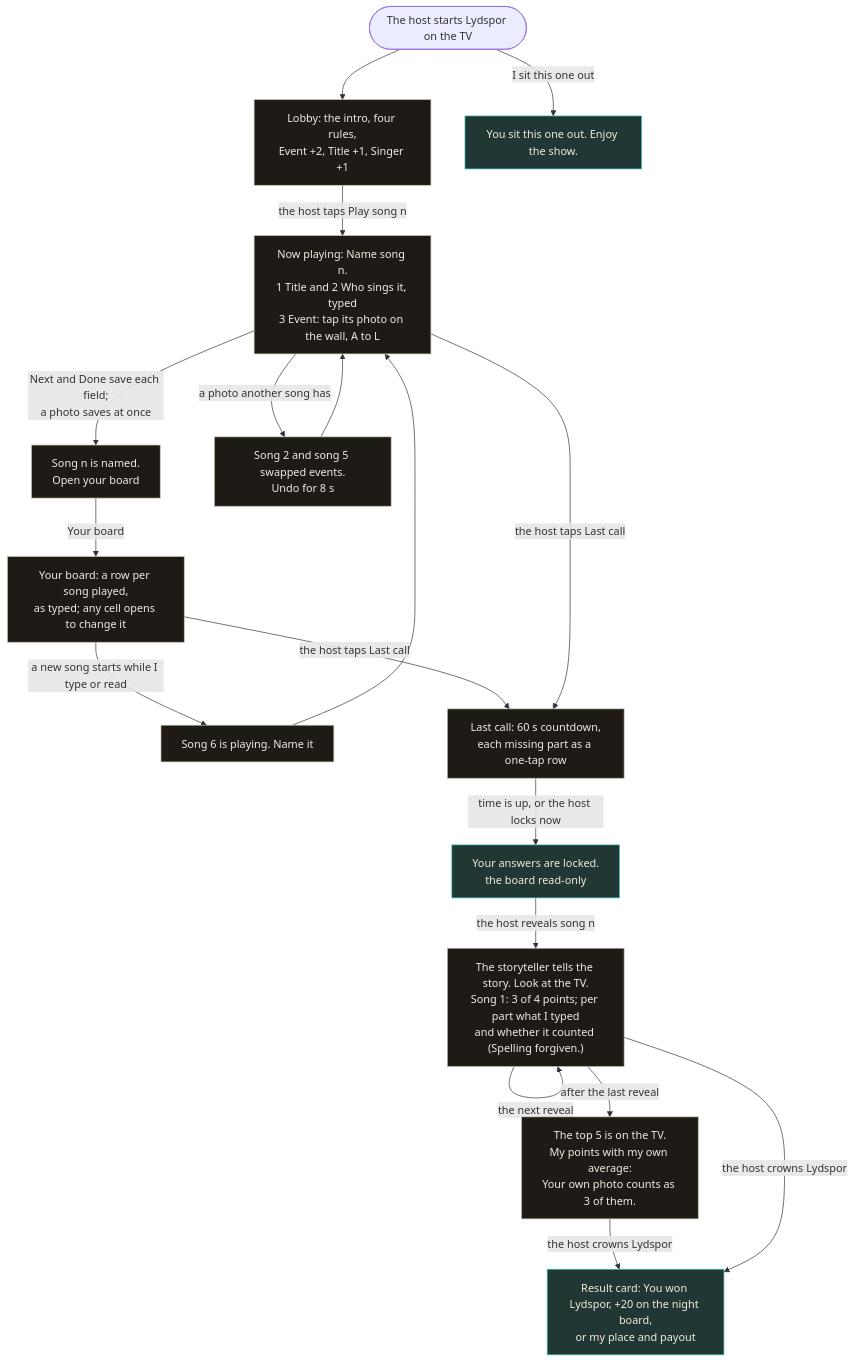
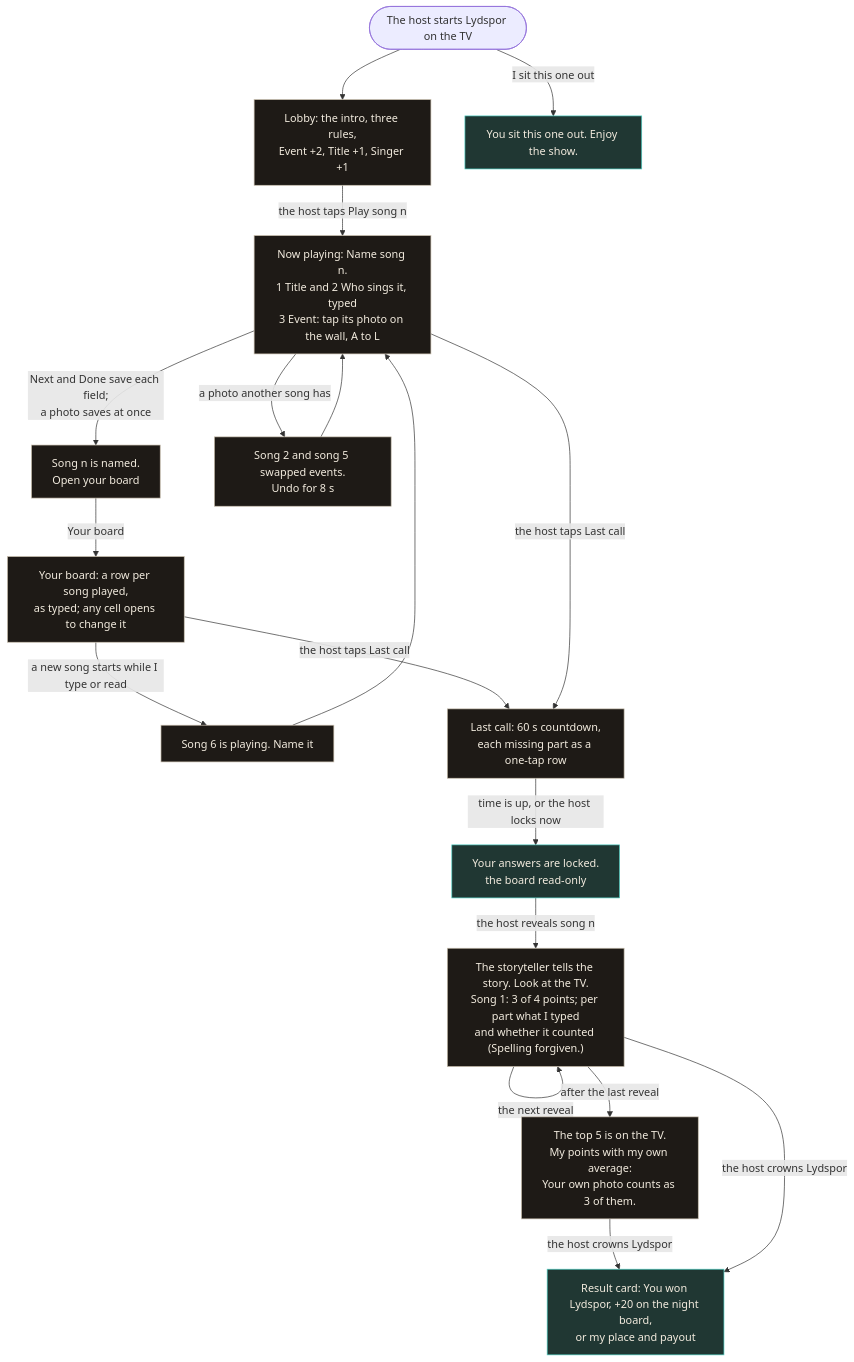
The sixth of 16 diagrams in docs/user-flows.md (NicolaiLassen/hurra), drawn with Mermaid before and after one commit. The commit also changed 8 other files, not shown here.

First line of the commit message:
Lydspor opens with pairing each song with its event, and drops the rule about speed and music apps

````diff
--- a/docs/user-flows.md
+++ b/docs/user-flows.md
@@ -207,25 +207,25 @@
 ```mermaid
 flowchart TD
   classDef screen fill:#1e1a16,stroke:#c9bfae,color:#f2ebde
   classDef gate fill:#14110e,stroke:#f5c542,color:#f2ebde
   classDef closed fill:#203733,stroke:#4fd1c5,color:#f2ebde
 
-  START(["The host starts Lydspor on the TV"]) --> LOB["Lobby: the intro, four rules,<br/>Event +2, Title +1, Singer +1"]:::screen
+  START(["The host starts Lydspor on the TV"]) --> LOB["Lobby: the intro, three rules,<br/>Event +2, Title +1, Singer +1"]:::screen
   LOB -- "the host taps Play song n" --> NOW["Now playing: Name song n.<br/>1 Title and 2 Who sings it, typed<br/>3 Event: tap its photo on the wall, A to L"]:::screen
   NOW -- "Next and Done save each field;<br/>a photo saves at once" --> NAMED["Song n is named.<br/>Open your board"]:::screen
   NOW -- "a photo another song has" --> SWAP["Song 2 and song 5 swapped events.<br/>Undo for 8 s"]:::screen
   SWAP --> NOW
   NAMED -- "Your board" --> BOARD["Your board: a row per song played,<br/>as typed; any cell opens to change it"]:::screen
   BOARD -- "a new song starts while I type or read" --> BANNER["Song 6 is playing. Name it"]:::screen
   BANNER --> NOW
   BOARD -- "the host taps Last call" --> LAST["Last call: 60 s countdown,<br/>each missing part as a one-tap row"]:::screen
   NOW -- "the host taps Last call" --> LAST
   LAST -- "time is up, or the host locks now" --> LOCKED["Your answers are locked.<br/>the board read-only"]:::closed
   LOCKED -- "the host reveals song n" --> REV["The storyteller tells the story. Look at the TV.<br/>Song 1: 3 of 4 points; per part what I typed<br/>and whether it counted (Spelling forgiven.)"]:::screen
   REV -- "the host accepts my close answer" --> REV
   REV -- "the next reveal" --> REV
   REV -- "after the last reveal" --> TOP["The top 5 is on the TV.<br/>My points with my own average:<br/>Your own photo counts as 3 of them."]:::screen
   TOP -- "the host crowns Lydspor" --> RES
   REV -- "the host crowns Lydspor" --> RES["Result card: You won Lydspor, +20 on the night board,<br/>or my place and payout"]:::closed
   START -- "I sit this one out" --> SIT["You sit this one out. Enjoy the show."]:::closed
 ```
````
